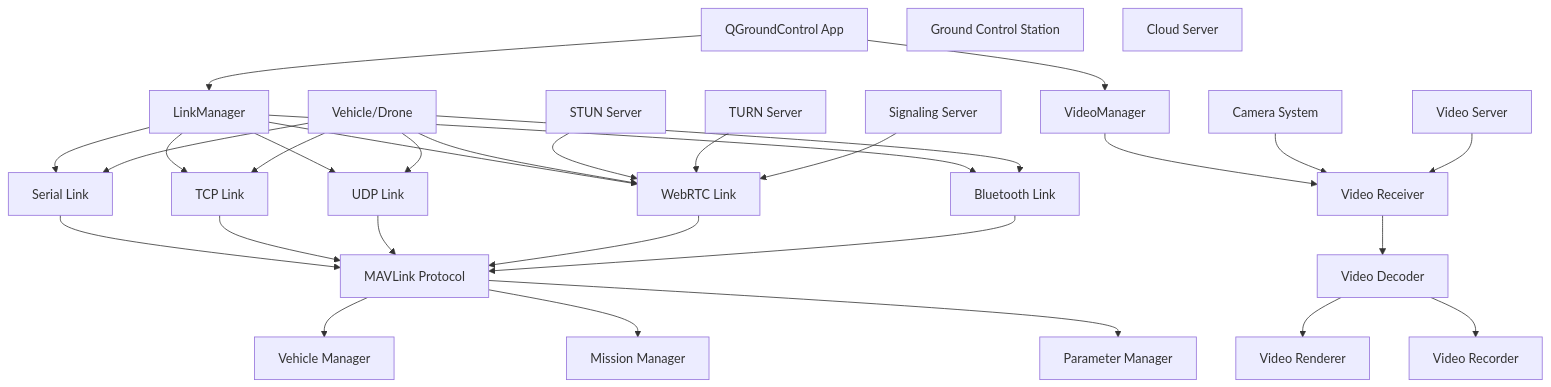
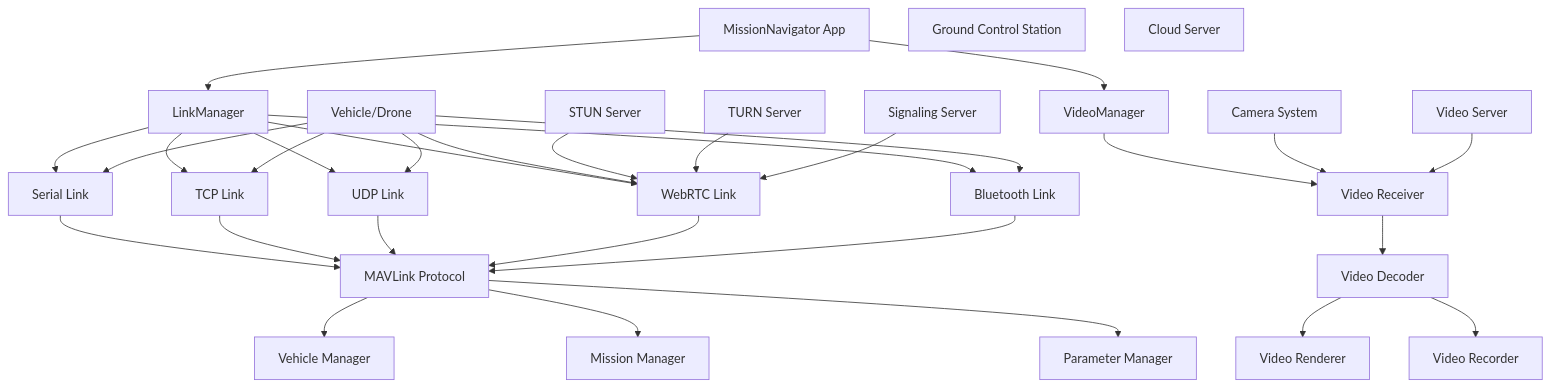
One commit to hsgang/qgroundcontrol changed the first of 8 diagrams in QGroundControl_Data_Video_Architecture.md. Above: the diagram before and after it, drawn with Mermaid. The commit also changed other lines of this file and 2 other files, not shown here.

````diff
--- a/QGroundControl_Data_Video_Architecture.md
+++ b/QGroundControl_Data_Video_Architecture.md
@@ -16,69 +16,69 @@
 ```mermaid
 graph TB
-    QGC[QGroundControl App]
+    MissionNavigator[MissionNavigator App]
     LinkManager[LinkManager]
     VideoManager[VideoManager]
     
     SerialLink[Serial Link]
     TCPLink[TCP Link]
     UDPLink[UDP Link]
     WebRTCLink[WebRTC Link]
     BluetoothLink[Bluetooth Link]
     
     MAVLinkProtocol[MAVLink Protocol]
     VehicleManager[Vehicle Manager]
     MissionManager[Mission Manager]
     ParameterManager[Parameter Manager]
     
     VideoReceiver[Video Receiver]
     VideoDecoder[Video Decoder]
     VideoRenderer[Video Renderer]
     VideoRecorder[Video Recorder]
     
     Vehicle[Vehicle/Drone]
     Camera[Camera System]
     GCS[Ground Control Station]
     CloudServer[Cloud Server]
     
     STUNServer[STUN Server]
     TURNServer[TURN Server]
     SignalingServer[Signaling Server]
     VideoServer[Video Server]
     
-    QGC --> LinkManager
-    QGC --> VideoManager
+    MissionNavigator --> LinkManager
+    MissionNavigator --> VideoManager
     
     LinkManager --> SerialLink
     LinkManager --> TCPLink
     LinkManager --> UDPLink
     LinkManager --> WebRTCLink
     LinkManager --> BluetoothLink
     
     SerialLink --> MAVLinkProtocol
     TCPLink --> MAVLinkProtocol
     UDPLink --> MAVLinkProtocol
     WebRTCLink --> MAVLinkProtocol
     BluetoothLink --> MAVLinkProtocol
     
     MAVLinkProtocol --> VehicleManager
     MAVLinkProtocol --> MissionManager
     MAVLinkProtocol --> ParameterManager
     
     VideoManager --> VideoReceiver
     VideoReceiver --> VideoDecoder
     VideoDecoder --> VideoRenderer
     VideoDecoder --> VideoRecorder
     
     Vehicle --> SerialLink
     Vehicle --> TCPLink
     Vehicle --> UDPLink
     Vehicle --> WebRTCLink
     Vehicle --> BluetoothLink
     
     Camera --> VideoReceiver
     
     STUNServer --> WebRTCLink
     TURNServer --> WebRTCLink
     SignalingServer --> WebRTCLink
     VideoServer --> VideoReceiver
 ```
````
